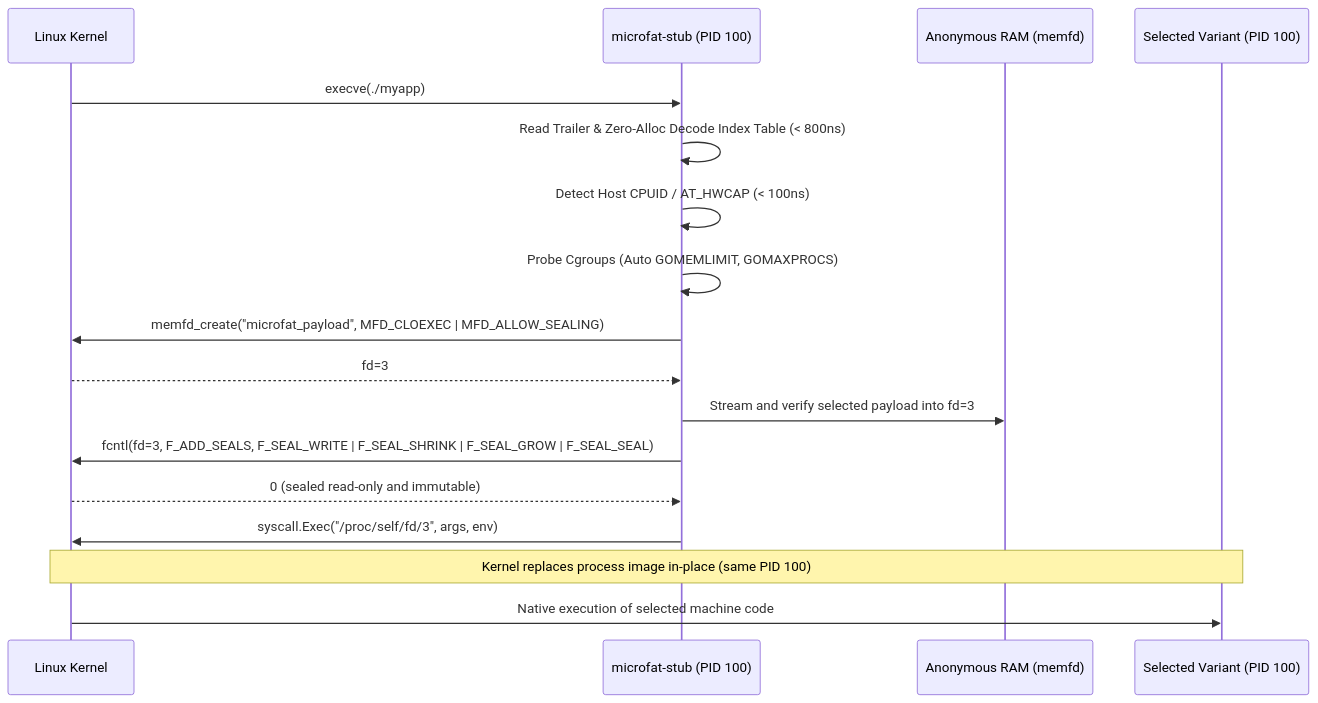
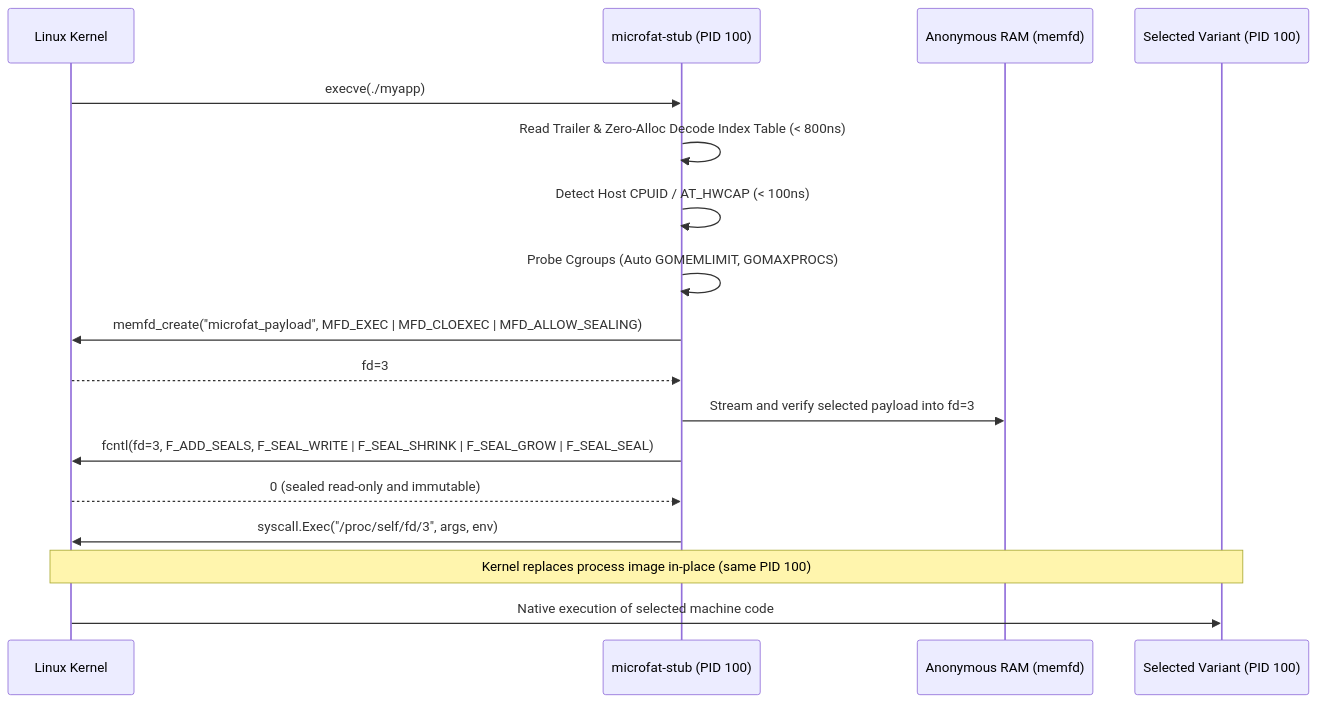
Before and after one commit to EpicBlackWolfZ/microfat: the diagram in docs/architecture.md, drawn with Mermaid. The commit also changed other lines of this file and 28 other files, not shown here.

````diff
--- a/docs/architecture.md
+++ b/docs/architecture.md
@@ -161,20 +162,20 @@
 ```mermaid
 sequenceDiagram
     participant OS as Linux Kernel
     participant Stub as microfat-stub (PID 100)
     participant RAM as Anonymous RAM (memfd)
     participant App as Selected Variant (PID 100)
 
     OS->>Stub: execve(./myapp)
     Stub->>Stub: Read Trailer & Zero-Alloc Decode Index Table (< 800ns)
     Stub->>Stub: Detect Host CPUID / AT_HWCAP (< 100ns)
     Stub->>Stub: Probe Cgroups (Auto GOMEMLIMIT, GOMAXPROCS)
-    Stub->>OS: memfd_create("microfat_payload", MFD_CLOEXEC | MFD_ALLOW_SEALING)
+    Stub->>OS: memfd_create("microfat_payload", MFD_EXEC | MFD_CLOEXEC | MFD_ALLOW_SEALING)
     OS-->>Stub: fd=3
     Stub->>RAM: Stream and verify selected payload into fd=3
     Stub->>OS: fcntl(fd=3, F_ADD_SEALS, F_SEAL_WRITE | F_SEAL_SHRINK | F_SEAL_GROW | F_SEAL_SEAL)
     OS-->>Stub: 0 (sealed read-only and immutable)
     Stub->>OS: syscall.Exec("/proc/self/fd/3", args, env)
     Note over OS,App: Kernel replaces process image in-place (same PID 100)
     OS->>App: Native execution of selected machine code
 ```
````
